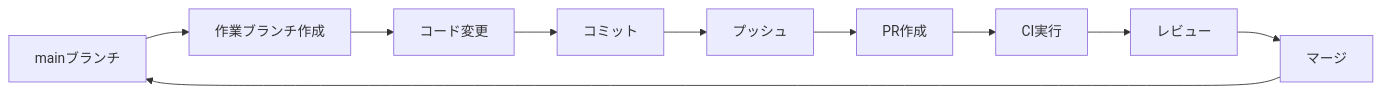
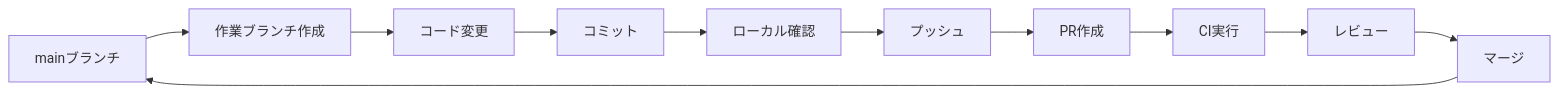
The diagram in CONTRIBUTING.md (M0G3K0/pokemon-bartle), drawn with Mermaid before and after one commit. The commit also changed other lines of this file and 5 other files, not shown here.

````diff
--- a/CONTRIBUTING.md
+++ b/CONTRIBUTING.md
@@ -16,12 +17,13 @@
 ```mermaid
 graph LR
     A[mainブランチ] --> B[作業ブランチ作成]
     B --> C[コード変更]
     C --> D[コミット]
-    D --> E[プッシュ]
-    E --> F[PR作成]
-    F --> G[CI実行]
-    G --> H[レビュー]
-    H --> I[マージ]
-    I --> A
+    D --> E[ローカル確認]
+    E --> F[プッシュ]
+    F --> G[PR作成]
+    G --> H[CI実行]
+    H --> I[レビュー]
+    I --> J[マージ]
+    J --> A
 ```
````
